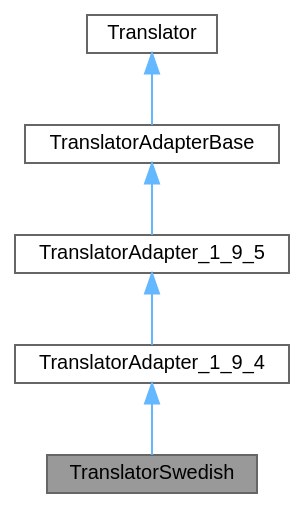
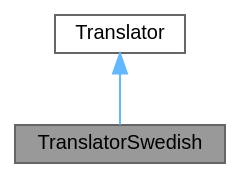
One commit to tim-gromeyer/doxygen changed the diagram in d6/db1/class_translator_swedish__inherit__graph.dot. Above: the diagram before and after it, drawn with Graphviz. The commit also changed 154 other files, not shown here.

```diff
--- a/d6/db1/class_translator_swedish__inherit__graph.dot
+++ b/d6/db1/class_translator_swedish__inherit__graph.dot
@@ -1,17 +1,11 @@
 digraph "TranslatorSwedish"
 {
  // INTERACTIVE_SVG=YES
  // LATEX_PDF_SIZE
   bgcolor="transparent";
   edge [fontname=Helvetica,fontsize=10,labelfontname=Helvetica,labelfontsize=10];
   node [fontname=Helvetica,fontsize=10,shape=box,height=0.2,width=0.4];
   Node1 [label="TranslatorSwedish",height=0.2,width=0.4,color="gray40", fillcolor="grey60", style="filled", fontcolor="black",tooltip=" "];
   Node2 -> Node1 [dir="back",color="steelblue1",style="solid"];
-  Node2 [label="TranslatorAdapter_1_9_4",height=0.2,width=0.4,color="gray40", fillcolor="white", style="filled",URL="$d0/d33/class_translator_adapter__1__9__4.html",tooltip=" "];
-  Node3 -> Node2 [dir="back",color="steelblue1",style="solid"];
-  Node3 [label="TranslatorAdapter_1_9_5",height=0.2,width=0.4,color="gray40", fillcolor="white", style="filled",URL="$dd/dba/class_translator_adapter__1__9__5.html",tooltip=" "];
-  Node4 -> Node3 [dir="back",color="steelblue1",style="solid"];
-  Node4 [label="TranslatorAdapterBase",height=0.2,width=0.4,color="gray40", fillcolor="white", style="filled",URL="$db/d6c/class_translator_adapter_base.html",tooltip="Base of the translator adapter tree."];
-  Node5 -> Node4 [dir="back",color="steelblue1",style="solid"];
-  Node5 [label="Translator",height=0.2,width=0.4,color="gray40", fillcolor="white", style="filled",URL="$d8/dfb/class_translator.html",tooltip="Abstract base class for all translatable text fragments."];
+  Node2 [label="Translator",height=0.2,width=0.4,color="gray40", fillcolor="white", style="filled",URL="$d8/dfb/class_translator.html",tooltip="Abstract base class for all translatable text fragments."];
 }
```
